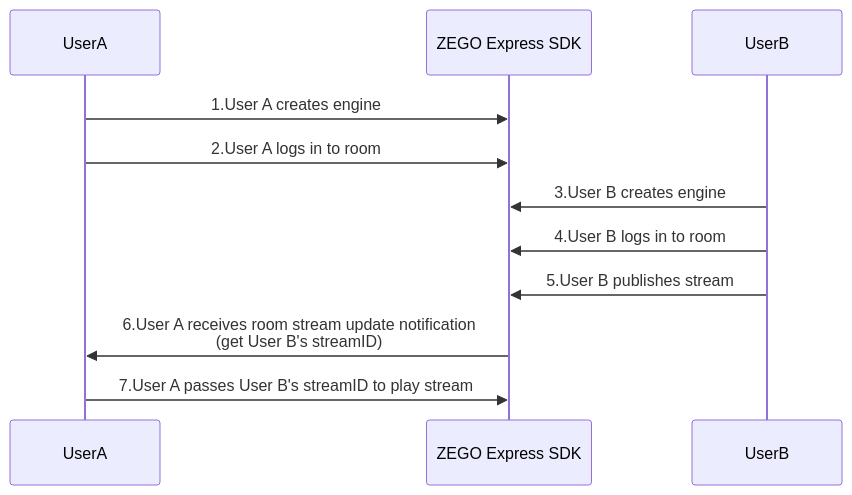
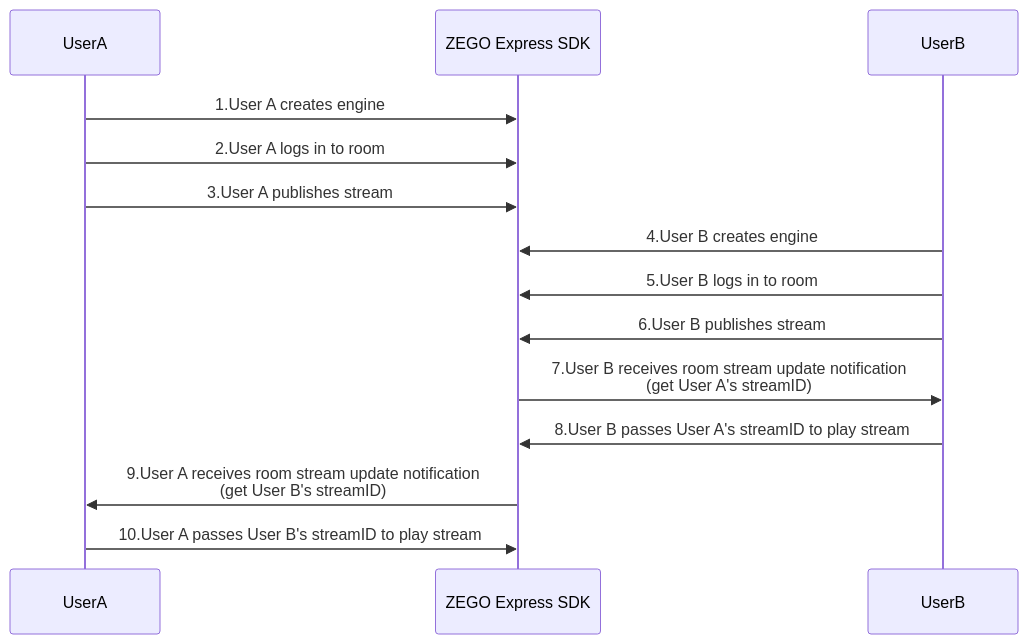
The diagram in core_products/real-time-voice-video/en/cocos-creator-ts/quick-start/implementing-video-call.mdx (ZEGOCLOUD/docs_all), drawn with Mermaid before and after one commit. The commit also changed 35 other files, not shown here.

First line of the commit message:
RealTimeVoiceVideo: Update implementation flow diagram to show bidirectional stream

````diff
--- a/core_products/real-time-voice-video/en/cocos-creator-ts/quick-start/implementing-video-call.mdx
+++ b/core_products/real-time-voice-video/en/cocos-creator-ts/quick-start/implementing-video-call.mdx
@@ -57,13 +57,16 @@
 ```mermaid
 sequenceDiagram
     participant UserA
     participant ZEGO Express SDK
     participant UserB
     UserA->>ZEGO Express SDK: 1.User A creates engine
     UserA->>ZEGO Express SDK: 2.User A logs in to room
-    UserB->>ZEGO Express SDK: 3.User B creates engine
-    UserB->>ZEGO Express SDK: 4.User B logs in to room
-    UserB->>ZEGO Express SDK: 5.User B publishes stream
-    ZEGO Express SDK->>UserA: 6.User A receives room stream update notification<br/>(get User B's streamID)
-    UserA->>ZEGO Express SDK: 7.User A passes User B's streamID to play stream
+    UserA->>ZEGO Express SDK: 3.User A publishes stream
+    UserB->>ZEGO Express SDK: 4.User B creates engine
+    UserB->>ZEGO Express SDK: 5.User B logs in to room
+    UserB->>ZEGO Express SDK: 6.User B publishes stream
+    ZEGO Express SDK->>UserB: 7.User B receives room stream update notification<br/>(get User A's streamID)
+    UserB->>ZEGO Express SDK: 8.User B passes User A's streamID to play stream
+    ZEGO Express SDK->>UserA: 9.User A receives room stream update notification<br/>(get User B's streamID)
+    UserA->>ZEGO Express SDK: 10.User A passes User B's streamID to play stream
 ```
````
